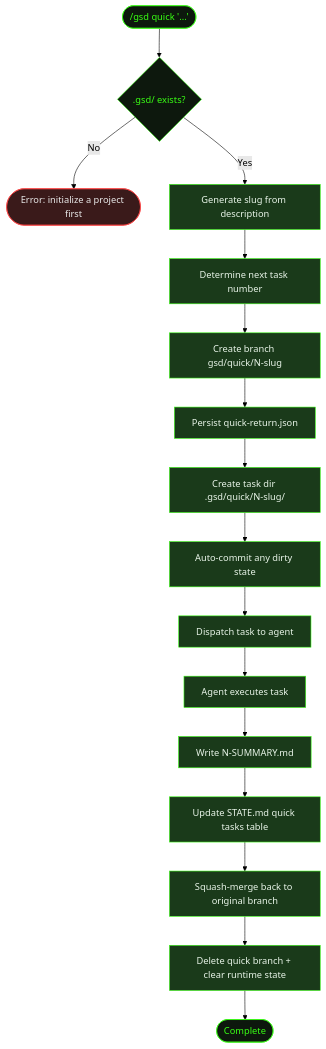
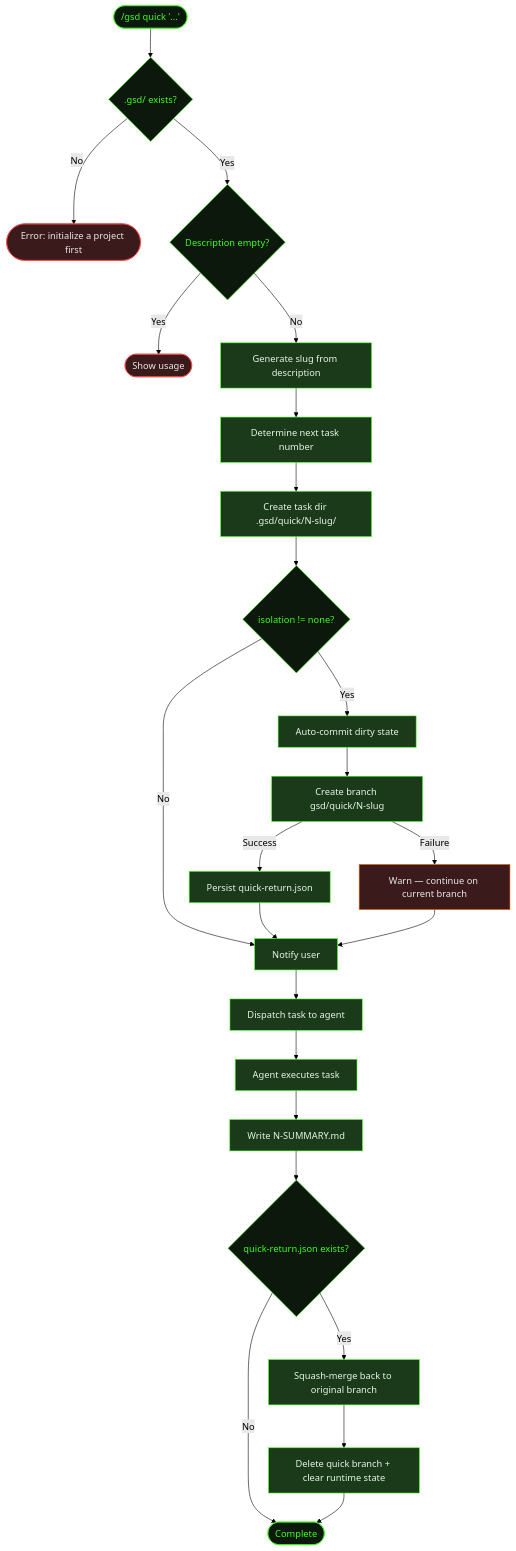
The diagram in src/content/docs/commands/quick.mdx (shusha-group/gsd2-guide), drawn with Mermaid (forest theme) before and after one commit. The commit also changed other lines of this file and 202 other files, not shown here.

First line of the commit message:
chore: update gsd-pi 2.66.1 → 2.70.1, restructure docs into user-docs/ and dev/

````diff
--- a/src/content/docs/commands/quick.mdx
+++ b/src/content/docs/commands/quick.mdx
@@ -32,35 +34,48 @@
 ```mermaid
 flowchart TD
     Start(["/gsd quick '...'"]) --> Validate{.gsd/ exists?}
     Validate -->|No| Fail([Error: initialize a project first])
-    Validate -->|Yes| Slug[Generate slug from description]
+    Validate -->|Yes| Empty{Description empty?}
+    Empty -->|Yes| Usage([Show usage])
+    Empty -->|No| Slug[Generate slug from description]
     Slug --> Num[Determine next task number]
-    Num --> Branch[Create branch gsd/quick/N-slug]
-    Branch --> Persist[Persist quick-return.json]
-    Persist --> Dir[Create task dir .gsd/quick/N-slug/]
-    Dir --> Commit[Auto-commit any dirty state]
-    Commit --> Dispatch[Dispatch task to agent]
+    Num --> Dir[Create task dir .gsd/quick/N-slug/]
+    Dir --> IsoCheck{isolation != none?}
+    IsoCheck -->|No| Notify[Notify user]
+    IsoCheck -->|Yes| BranchCreate[Auto-commit dirty state]
+    BranchCreate --> Branch[Create branch gsd/quick/N-slug]
+    Branch -->|Success| Persist[Persist quick-return.json]
+    Branch -->|Failure| WarnBranch[Warn — continue on current branch]
+    Persist --> Notify
+    WarnBranch --> Notify
+    Notify --> Dispatch[Dispatch task to agent]
     Dispatch --> Execute[Agent executes task]
     Execute --> Summary[Write N-SUMMARY.md]
-    Summary --> StateUpdate[Update STATE.md quick tasks table]
-    StateUpdate --> Squash[Squash-merge back to original branch]
+    Summary --> CleanupCheck{quick-return.json exists?}
+    CleanupCheck -->|No| Done([Complete])
+    CleanupCheck -->|Yes| Squash[Squash-merge back to original branch]
     Squash --> Cleanup[Delete quick branch + clear runtime state]
-    Cleanup --> Done([Complete])
+    Cleanup --> Done
 
     style Start fill:#0d180d,stroke:#39ff14,color:#39ff14
     style Validate fill:#0d180d,stroke:#39ff14,color:#39ff14
+    style Empty fill:#0d180d,stroke:#39ff14,color:#39ff14
+    style IsoCheck fill:#0d180d,stroke:#39ff14,color:#39ff14
+    style CleanupCheck fill:#0d180d,stroke:#39ff14,color:#39ff14
     style Fail fill:#3a1a1a,stroke:#ff4444,color:#e8e8e8
+    style Usage fill:#3a1a1a,stroke:#ff4444,color:#e8e8e8
+    style WarnBranch fill:#3a1a1a,stroke:#ff6600,color:#e8e8e8
     style Slug fill:#1a3a1a,stroke:#39ff14,color:#e8f4e8
     style Num fill:#1a3a1a,stroke:#39ff14,color:#e8f4e8
+    style Dir fill:#1a3a1a,stroke:#39ff14,color:#e8f4e8
+    style BranchCreate fill:#1a3a1a,stroke:#39ff14,color:#e8f4e8
     style Branch fill:#1a3a1a,stroke:#39ff14,color:#e8f4e8
     style Persist fill:#1a3a1a,stroke:#39ff14,color:#e8f4e8
-    style Dir fill:#1a3a1a,stroke:#39ff14,color:#e8f4e8
-    style Commit fill:#1a3a1a,stroke:#39ff14,color:#e8f4e8
+    style Notify fill:#1a3a1a,stroke:#39ff14,color:#e8f4e8
     style Dispatch fill:#1a3a1a,stroke:#39ff14,color:#e8f4e8
     style Execute fill:#1a3a1a,stroke:#39ff14,color:#e8f4e8
     style Summary fill:#1a3a1a,stroke:#39ff14,color:#e8f4e8
-    style StateUpdate fill:#1a3a1a,stroke:#39ff14,color:#e8f4e8
     style Squash fill:#1a3a1a,stroke:#39ff14,color:#e8f4e8
     style Cleanup fill:#1a3a1a,stroke:#39ff14,color:#e8f4e8
     style Done fill:#0d180d,stroke:#39ff14,color:#39ff14
 ```
````
